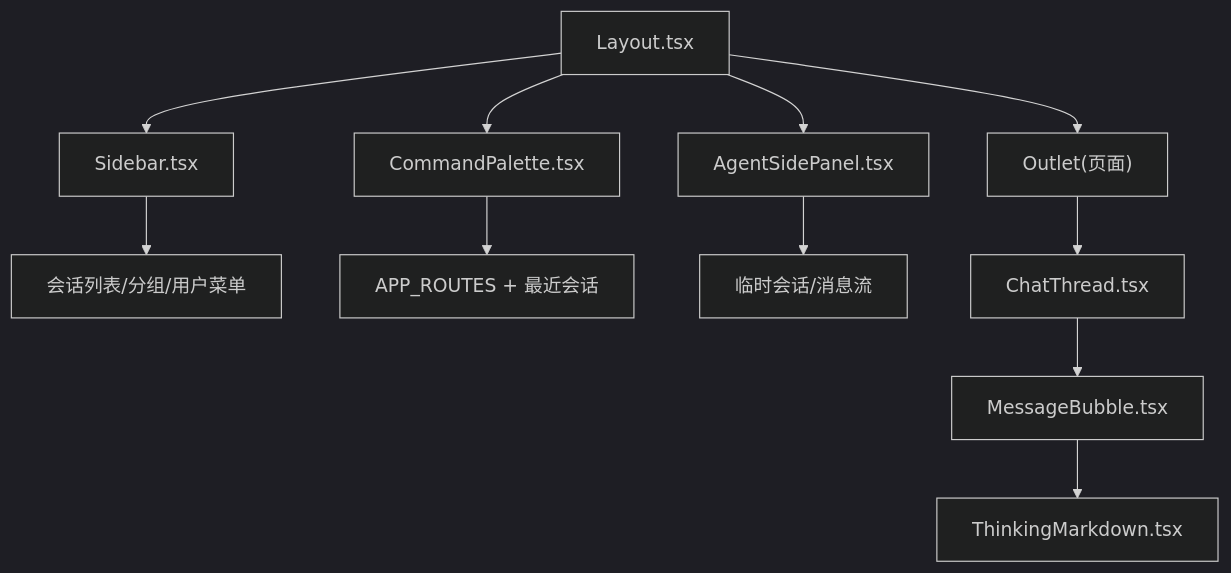
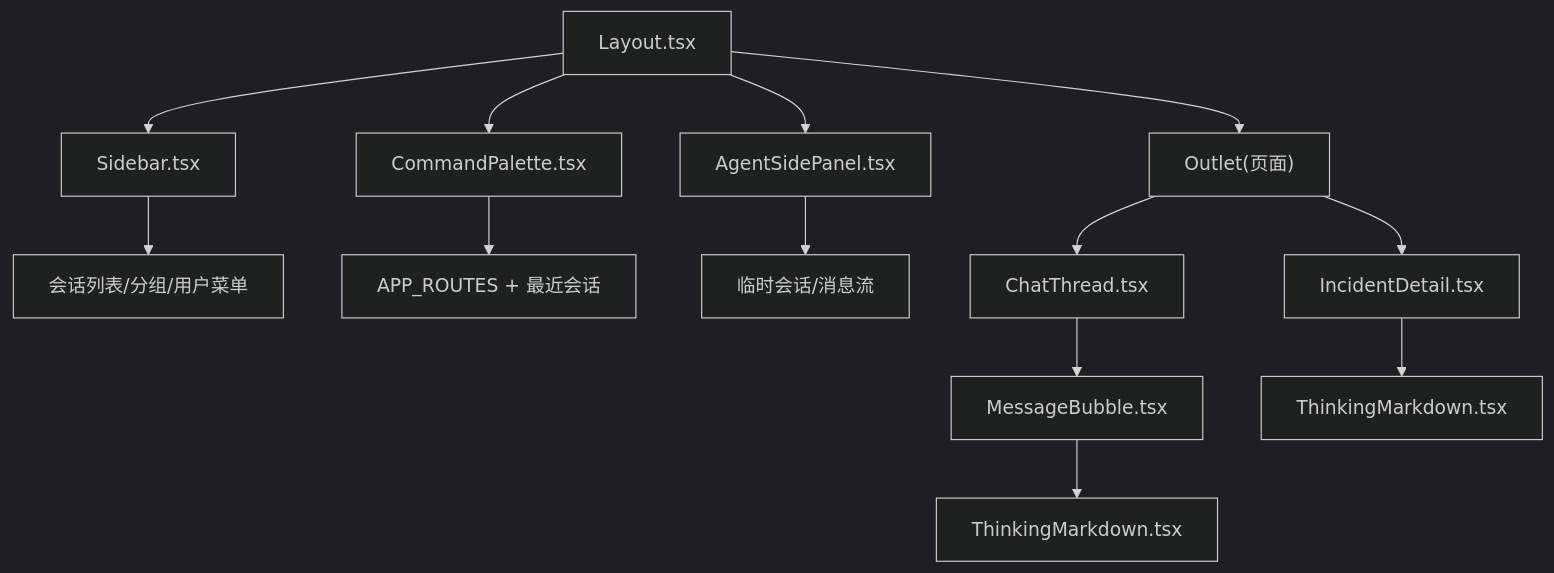
One commit to xied1133-oss/ongrid changed the first of 9 diagrams in .qoder/repowiki/zh/content/前端应用/UI 组件库/高级组件.md. Above: the diagram before and after it, drawn with Mermaid (dark theme). The commit also changed other lines of this file and 554 other files, not shown here.

````diff
--- a/.qoder/repowiki/zh/content/前端应用/UI 组件库/高级组件.md
+++ b/.qoder/repowiki/zh/content/前端应用/UI 组件库/高级组件.md
@@ -56,13 +57,15 @@
 ```mermaid
 graph TB
 A["Layout.tsx"] --> B["Sidebar.tsx"]
 A --> C["Outlet(页面)"]
 A --> D["CommandPalette.tsx"]
 A --> E["AgentSidePanel.tsx"]
 B --> F["会话列表/分组/用户菜单"]
 D --> G["APP_ROUTES + 最近会话"]
 E --> H["临时会话/消息流"]
 C --> I["ChatThread.tsx"]
 I --> J["MessageBubble.tsx"]
 J --> K["ThinkingMarkdown.tsx"]
+C --> L["IncidentDetail.tsx"]
+L --> M["ThinkingMarkdown.tsx"]
 ```
````
